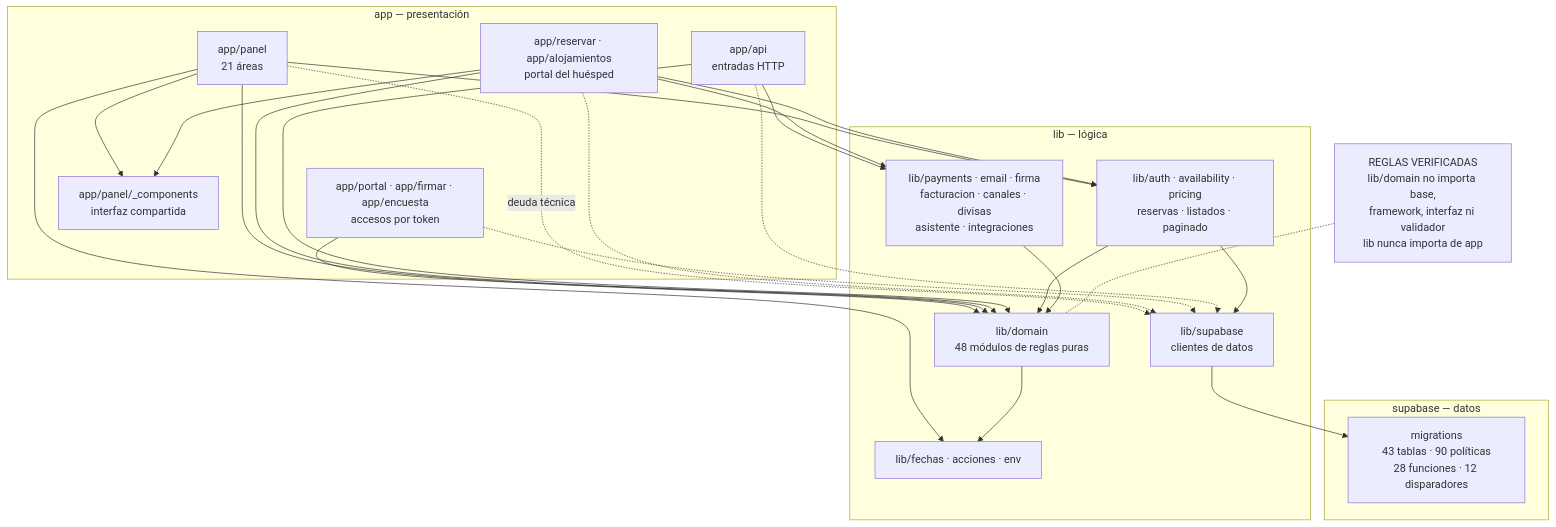
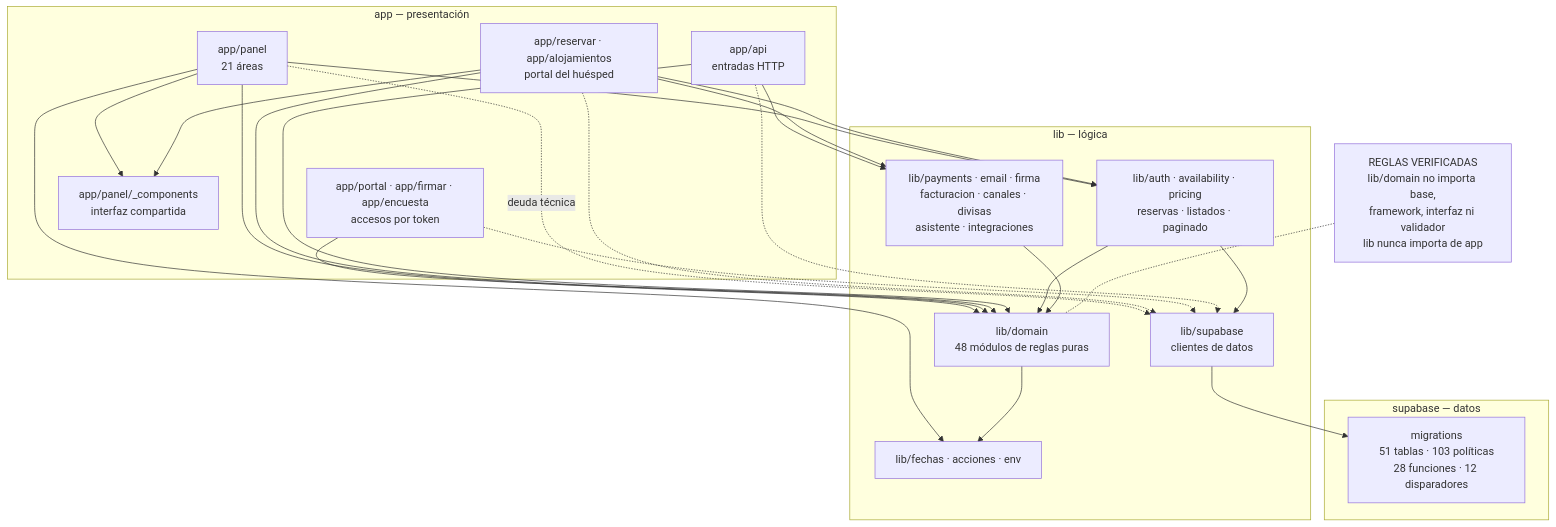
The tenth of 29 diagrams in docs/tesis-completa.md (blanca-patagonia/BlancaPatagoniaHotelApp), drawn with Mermaid before and after one commit. The commit also changed other lines of this file and 32 other files, not shown here.

````diff
--- a/docs/tesis-completa.md
+++ b/docs/tesis-completa.md
@@ -1386,44 +1386,44 @@
 ```mermaid
 flowchart TB
     subgraph APP["app — presentación"]
         A1["app/panel<br/>21 áreas"]
         A2["app/reservar · app/alojamientos<br/>portal del huésped"]
         A3["app/portal · app/firmar · app/encuesta<br/>accesos por token"]
         A4["app/api<br/>entradas HTTP"]
         A5["app/panel/_components<br/>interfaz compartida"]
     end
     subgraph LIB["lib — lógica"]
         L1["lib/domain<br/>48 módulos de reglas puras"]
         L2["lib/auth · availability · pricing<br/>reservas · listados · paginado"]
         L3["lib/payments · email · firma<br/>facturacion · canales · divisas<br/>asistente · integraciones"]
         L4["lib/supabase<br/>clientes de datos"]
         L5["lib/fechas · acciones · env"]
     end
     subgraph DB["supabase — datos"]
-        D1["migrations<br/>43 tablas · 90 políticas<br/>28 funciones · 12 disparadores"]
+        D1["migrations<br/>51 tablas · 103 políticas<br/>28 funciones · 12 disparadores"]
     end
 
     A1 --> A5
     A2 --> A5
     A1 --> L1
     A2 --> L1
     A3 --> L1
     A4 --> L1
     A1 --> L2
     A2 --> L2
     A4 --> L3
     A2 --> L3
     A1 --> L5
     A1 -.->|"deuda técnica"| L4
     A2 -.-> L4
     A3 -.-> L4
     A4 -.-> L4
     L2 --> L1
     L2 --> L4
     L3 --> L1
     L1 --> L5
     L4 --> D1
 
     R["REGLAS VERIFICADAS<br/>lib/domain no importa base,<br/>framework, interfaz ni validador<br/>lib nunca importa de app"]
     R -.- L1
 ```
````
